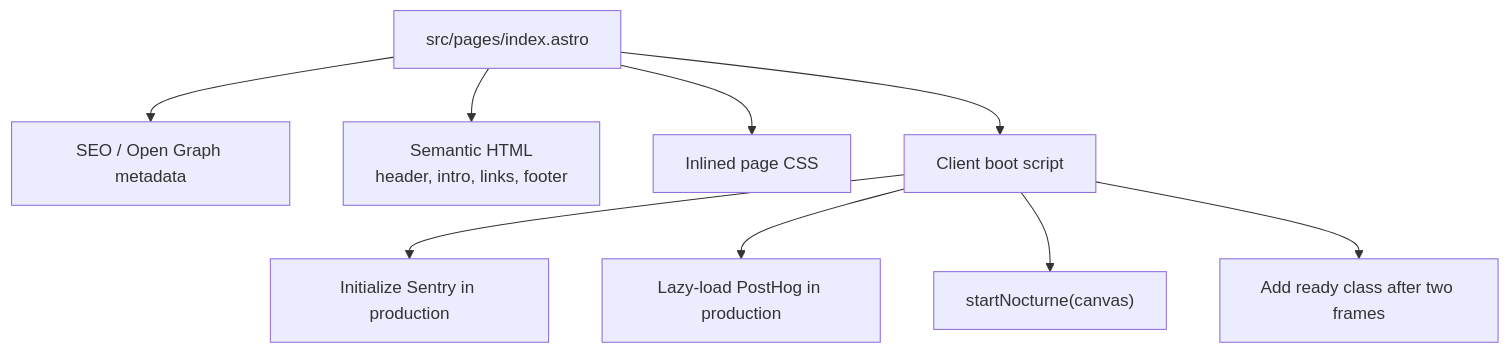
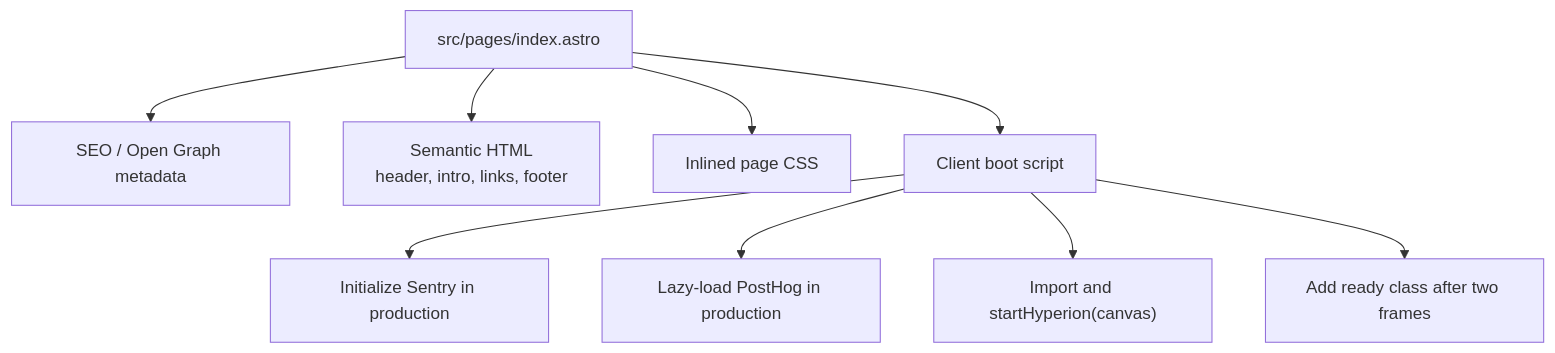
Before and after one commit to krmznkr/me: the second of 4 diagrams in docs/architecture.md, drawn with Mermaid. The commit also changed other lines of this file and 10 other files, not shown here.

````diff
--- a/docs/architecture.md
+++ b/docs/architecture.md
@@ -40,21 +40,21 @@
 ```mermaid
 flowchart TD
   page["src/pages/index.astro"]
   metadata["SEO / Open Graph metadata"]
   content["Semantic HTML<br/>header, intro, links, footer"]
   styles["Inlined page CSS"]
   boot["Client boot script"]
   sentry["Initialize Sentry in production"]
   posthog["Lazy-load PostHog in production"]
-  canvas["startNocturne(canvas)"]
+  canvas["Import and startHyperion(canvas)"]
   reveal["Add ready class after two frames"]
 
   page --> metadata
   page --> content
   page --> styles
   page --> boot
   boot --> sentry
   boot --> posthog
   boot --> canvas
   boot --> reveal
 ```
````
